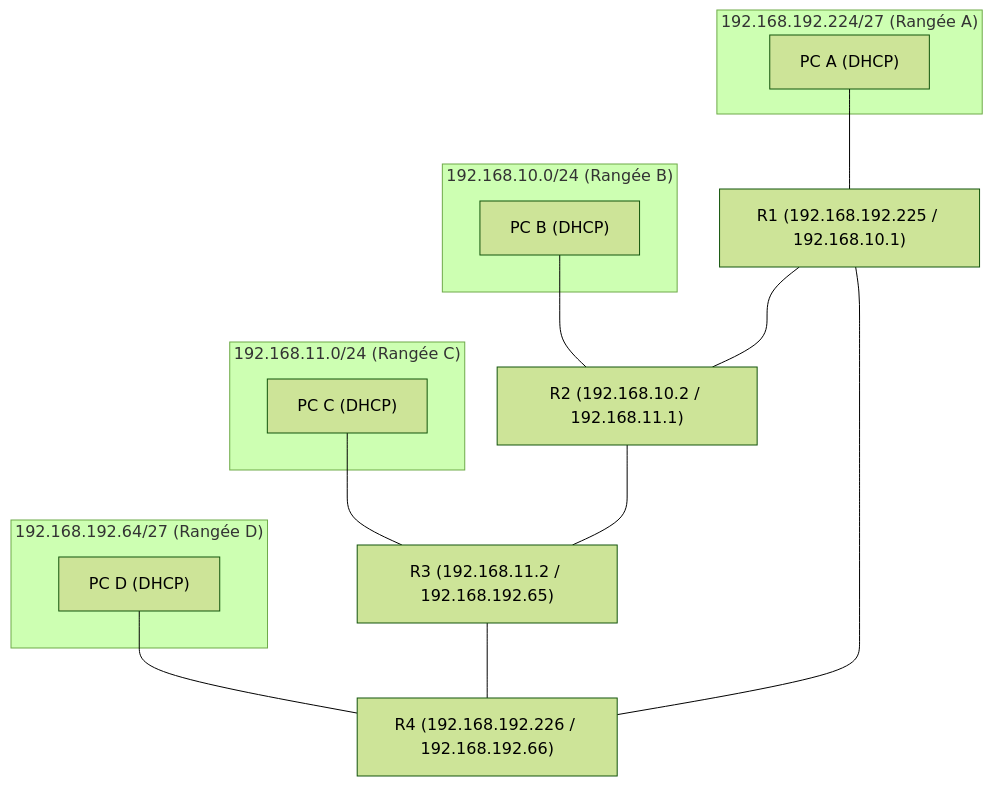
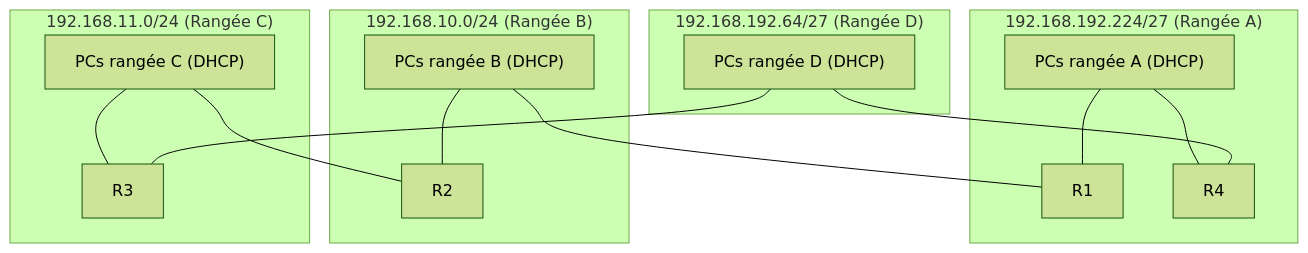
One commit to tunkasina/CoursPereBoullard changed the diagram in CoursReseau/Partie 2 - Routage IP.md. Above: the diagram before and after it, drawn with Mermaid (forest theme).

Commit message:
vault backup: 09-24 14:56:45

````diff
--- a/CoursReseau/Partie 2 - Routage IP.md
+++ b/CoursReseau/Partie 2 - Routage IP.md
@@ -41,35 +41,42 @@
 ``` mermaid
 graph TD
 
 subgraph Réseau_A["192.168.192.224/27 (Rangée A)"]
-  PC_A1["PC A (DHCP)"]
+  PC_A1["PCs rangée A (DHCP)"]
+  R1
+  R4
 end
 
 subgraph Réseau_B["192.168.10.0/24 (Rangée B)"]
-  PC_B1["PC B (DHCP)"]
+  PC_B1["PCs rangée B (DHCP)"]
+  R1
+  R2
 end
 
 subgraph Réseau_C["192.168.11.0/24 (Rangée C)"]
-  PC_C1["PC C (DHCP)"]
+  PC_C1["PCs rangée C (DHCP)"]
+  R2
+  R3
 end
 
 subgraph Réseau_D["192.168.192.64/27 (Rangée D)"]
-  PC_D1["PC D (DHCP)"]
+  PC_D1["PCs rangée D (DHCP)"]
+  R3
+  R4
 end
 
-R1["R1 (192.168.192.225 / 192.168.10.1)"]
-R2["R2 (192.168.10.2 / 192.168.11.1)"]
-R3["R3 (192.168.11.2 / 192.168.192.65)"]
-R4["R4 (192.168.192.226 / 192.168.192.66)"]
+R1["R1"]
+R2["R2"]
+R3["R3"]
+R4["R4"]
 
 PC_A1 --- R1
+PC_A1 --- R4
+PC_B1 --- R1
 PC_B1 --- R2
+PC_C1 --- R2
 PC_C1 --- R3
+PC_D1 --- R3
 PC_D1 --- R4
 
-R1 --- R2
-R2 --- R3
-R3 --- R4
-R4 --- R1
-
 ```
````
